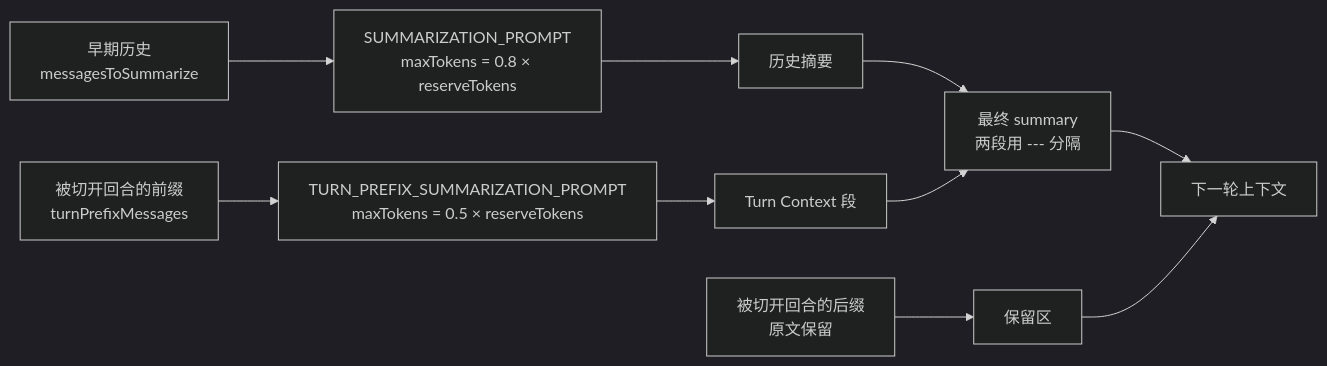
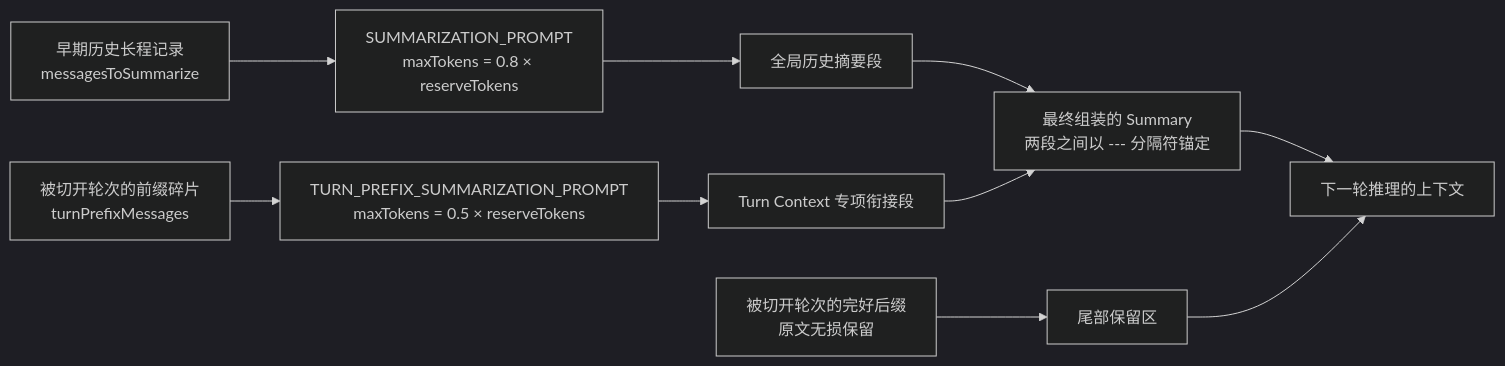
One commit to caiboyang/ML-learning changed the eighth of 19 diagrams in agent-context-compression/Agent_Context_Compression_Research.md. Above: the diagram before and after it, drawn with Mermaid (dark theme). The commit also changed other lines of this file and 4 other files, not shown here.

````diff
--- a/agent-context-compression/Agent_Context_Compression_Research.md
+++ b/agent-context-compression/Agent_Context_Compression_Research.md
@@ -581,12 +583,12 @@
 ```mermaid
 flowchart LR
-    A["早期历史<br/>messagesToSummarize"] --> S1["SUMMARIZATION_PROMPT<br/>maxTokens = 0.8 × reserveTokens"]
-    B["被切开回合的前缀<br/>turnPrefixMessages"] --> S2["TURN_PREFIX_SUMMARIZATION_PROMPT<br/>maxTokens = 0.5 × reserveTokens"]
-    C["被切开回合的后缀<br/>原文保留"] --> K["保留区"]
-    S1 --> M["历史摘要"]
-    S2 --> N["Turn Context 段"]
-    M --> F["最终 summary<br/>两段用 --- 分隔"]
+    A["早期历史长程记录<br/>messagesToSummarize"] --> S1["SUMMARIZATION_PROMPT<br/>maxTokens = 0.8 × reserveTokens"]
+    B["被切开轮次的前缀碎片<br/>turnPrefixMessages"] --> S2["TURN_PREFIX_SUMMARIZATION_PROMPT<br/>maxTokens = 0.5 × reserveTokens"]
+    C["被切开轮次的完好后缀<br/>原文无损保留"] --> K["尾部保留区"]
+    S1 --> M["全局历史摘要段"]
+    S2 --> N["Turn Context 专项衔接段"]
+    M --> F["最终组装的 Summary<br/>两段之间以 --- 分隔符锚定"]
     N --> F
-    F --> OUT["下一轮上下文"]
+    F --> OUT["下一轮推理的上下文"]
     K --> OUT
 ```
````
